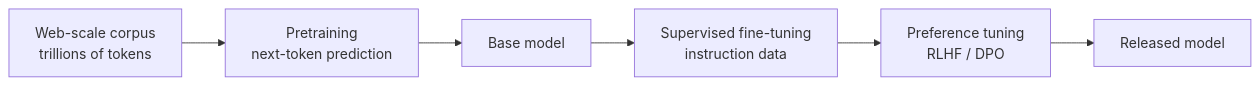
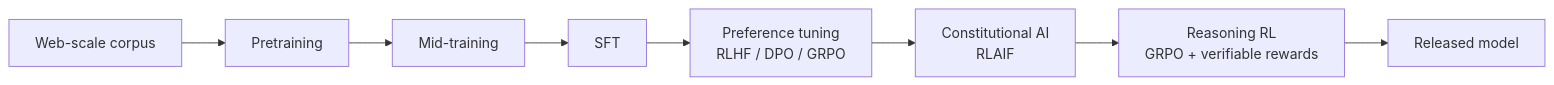
One commit to averagejoeslab/building-agents changed the tenth of 10 diagrams in README.md. Above: the diagram before and after it, drawn with Mermaid. The commit also changed other lines of this file, not shown here.

First line of the commit message:
docs: update model-development section to match the deck and R1 era

````diff
--- a/README.md
+++ b/README.md
@@ -170,8 +174,10 @@
 ```mermaid
 flowchart LR
-    A[Web-scale corpus<br/>trillions of tokens] --> B[Pretraining<br/>next-token prediction]
-    B --> C[Base model]
-    C --> D[Supervised fine-tuning<br/>instruction data]
-    D --> E[Preference tuning<br/>RLHF / DPO]
-    E --> F[Released model]
+    A[Web-scale corpus] --> B[Pretraining]
+    B --> C[Mid-training]
+    C --> D[SFT]
+    D --> E[Preference tuning<br/>RLHF / DPO / GRPO]
+    E --> F[Constitutional AI<br/>RLAIF]
+    F --> G[Reasoning RL<br/>GRPO + verifiable rewards]
+    G --> H[Released model]
 ```
````
